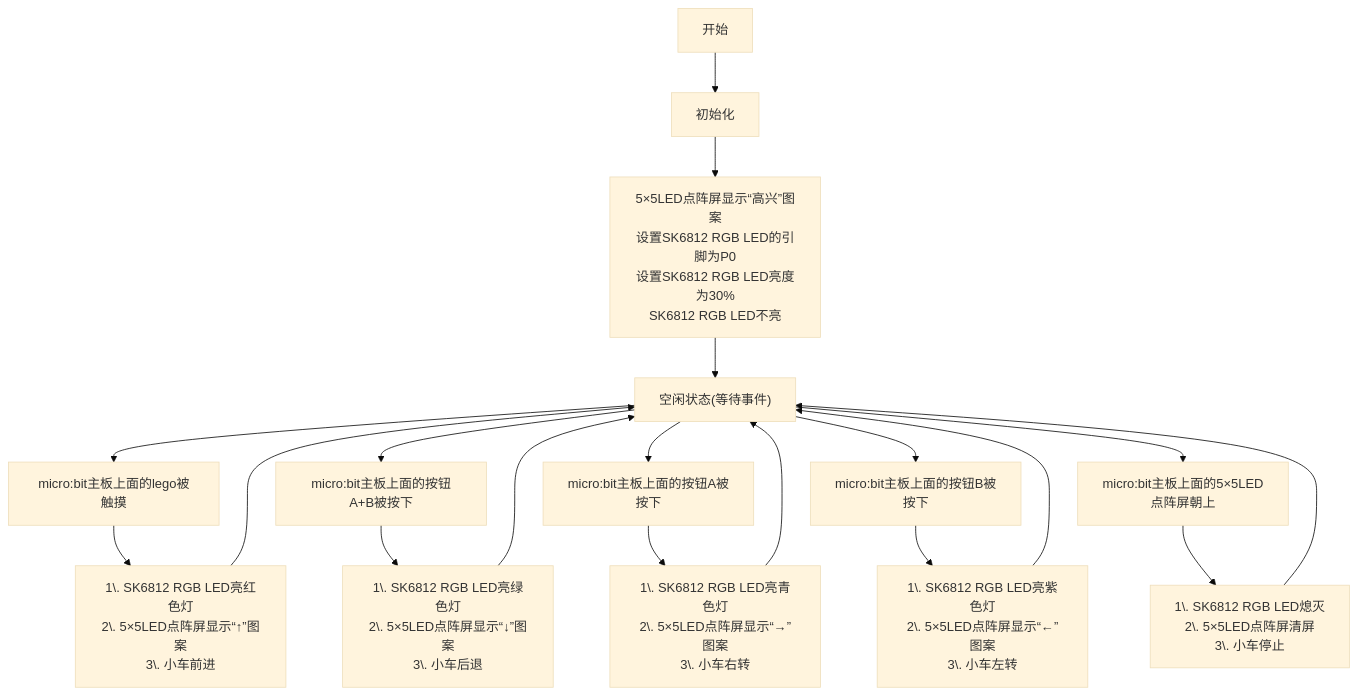
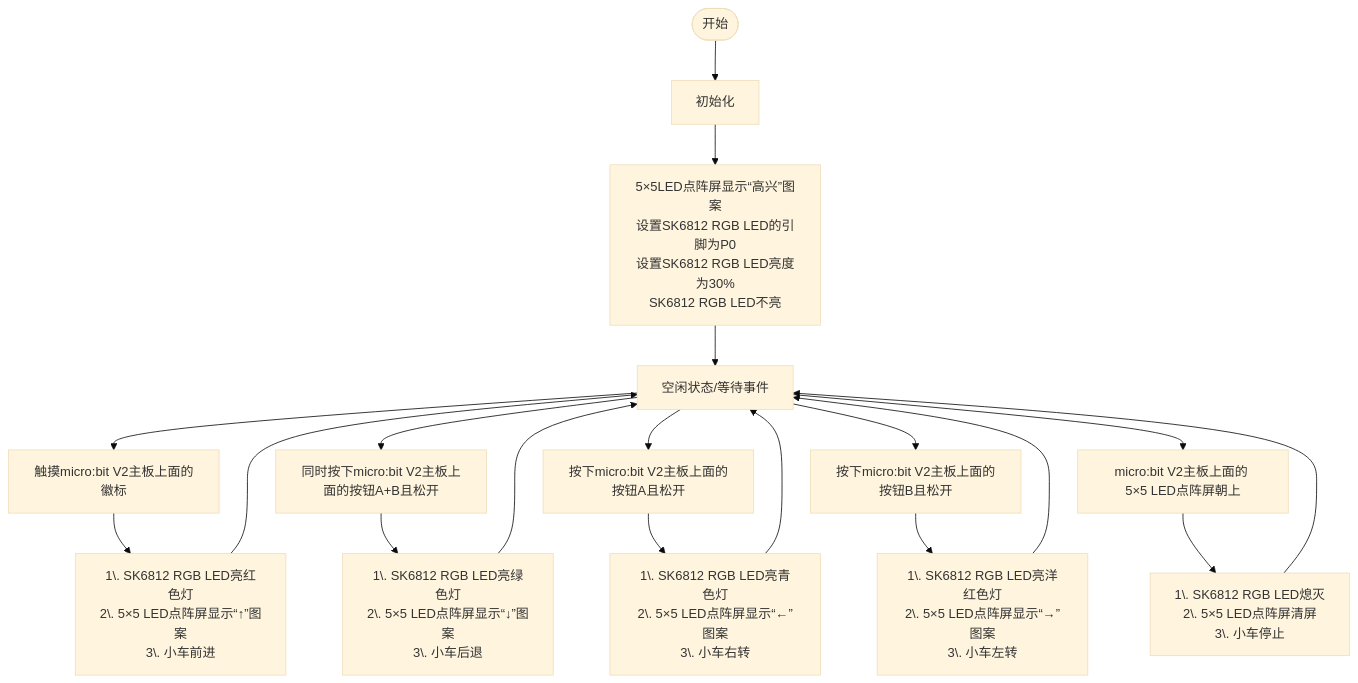
Before and after one commit to keyestudio/KS0604-Keyestudio-Microbit-8-1-: the diagram in docs/MakeCode_教程/Projects/课程01.md, drawn with Mermaid (base theme). The commit also changed other lines of this file and 235 other files, not shown here.

````diff
--- a/docs/MakeCode_教程/Projects/课程01.md
+++ b/docs/MakeCode_教程/Projects/课程01.md
@@ -102,29 +87,29 @@
 ```mermaid
 flowchart TD
-    Start["开始"] --> OnInit1["初始化"]
+    Start([开始]) --> OnInit1[初始化]
 
-    OnInit1 --> OnInit2["5×5LED点阵屏显示“高兴”图案<br>设置SK6812 RGB LED的引脚为P0<br>设置SK6812 RGB LED亮度为30%<br>SK6812 RGB LED不亮"]
-    
-    OnInit2 --> IdleState["空闲状态(等待事件)"]
-    
-    IdleState --> EventMouse["micro:bit主板上面的lego被触摸"]
-    IdleState --> EventBtnAB["micro:bit主板上面的按钮A+B被按下"]
-    IdleState --> EventBtnA["micro:bit主板上面的按钮A被按下"]
-    IdleState --> EventBtnB["micro:bit主板上面的按钮B被按下"]
-    IdleState --> EventScreenUp["micro:bit主板上面的5×5LED点阵屏朝上"]
-    
-    EventMouse --> MouseAction["1\. SK6812 RGB LED亮红色灯<br>2\. 5×5LED点阵屏显示“↑”图案<br>3\. 小车前进"]
+    OnInit1 --> OnInit2[5×5LED点阵屏显示“高兴”图案<br>设置SK6812 RGB LED的引脚为P0<br>设置SK6812 RGB LED亮度为30%<br>SK6812 RGB LED不亮]
+
+    OnInit2 --> IdleState[空闲状态/等待事件]  
+
+    IdleState --> EventMouse[触摸micro:bit V2主板上面的徽标]
+    IdleState --> EventBtnAB[同时按下micro:bit V2主板上面的按钮A+B且松开]
+    IdleState --> EventBtnA[按下micro:bit V2主板上面的按钮A且松开]
+    IdleState --> EventBtnB[按下micro:bit V2主板上面的按钮B且松开]
+    IdleState --> EventScreenUp[micro:bit V2主板上面的 5×5 LED点阵屏朝上]
+
+    EventMouse --> MouseAction[1\. SK6812 RGB LED亮红色灯<br>2\. 5×5 LED点阵屏显示“↑”图案<br>3\. 小车前进]
     MouseAction --> IdleState
 
-    EventBtnAB --> BtnABAction["1\. SK6812 RGB LED亮绿色灯<br>2\. 5×5LED点阵屏显示“↓”图案<br>3\. 小车后退"]
-    BtnABAction --> IdleState
+    EventBtnAB --> BtnABAction[1\. SK6812 RGB LED亮绿色灯<br>2\. 5×5 LED点阵屏显示“↓”图案<br>3\. 小车后退]
+    BtnABAction --> IdleState 
+
+    EventBtnA --> BtnAAction[1\. SK6812 RGB LED亮青色灯<br>2\. 5×5 LED点阵屏显示“←”图案<br>3\. 小车右转]
+    BtnAAction --> IdleState 
+
+    EventBtnB --> BtnBAction[1\. SK6812 RGB LED亮洋红色灯<br>2\. 5×5 LED点阵屏显示“→”图案<br>3\. 小车左转]
+    BtnBAction --> IdleState 
     
-    EventBtnA --> BtnAAction["1\. SK6812 RGB LED亮青色灯<br>2\. 5×5LED点阵屏显示“→”图案<br>3\. 小车右转"]
-    BtnAAction --> IdleState
-    
-    EventBtnB --> BtnBAction["1\. SK6812 RGB LED亮紫色灯<br>2\. 5×5LED点阵屏显示“←”图案<br>3\. 小车左转"]
-    BtnBAction --> IdleState
-    
-    EventScreenUp --> ScreenUpAction["1\. SK6812 RGB LED熄灭<br>2\. 5×5LED点阵屏清屏<br>3\. 小车停止"]
+    EventScreenUp --> ScreenUpAction[1\. SK6812 RGB LED熄灭<br>2\. 5×5 LED点阵屏清屏<br>3\. 小车停止]
     ScreenUpAction --> IdleState
 ```
````
